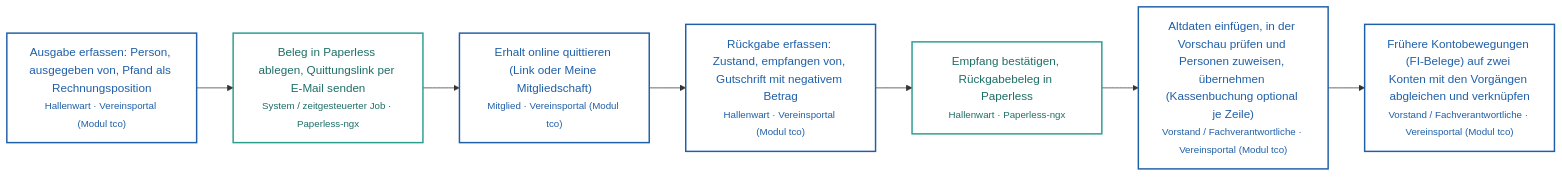
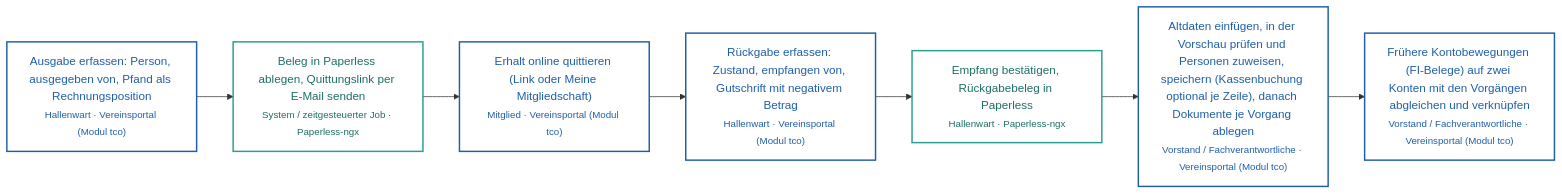
The tenth of 10 diagrams in docs/landschaft/level-2-prozesse.md (lautor80/Homeprojekt), drawn with Mermaid before and after one commit. The commit also changed other lines of this file and 11 other files, not shown here.

First line of the commit message:
Hallenschlüssel: Altdaten einfügen ohne Paperless-Abfrage, Dokumente nach dem Speichern (#215)

````diff
--- a/docs/landschaft/level-2-prozesse.md
+++ b/docs/landschaft/level-2-prozesse.md
@@ -333,20 +333,20 @@
 ```mermaid
 flowchart LR
   S0["Ausgabe erfassen: Person, ausgegeben von, Pfand als Rechnungsposition<br/><small>Hallenwart · Vereinsportal (Modul tco)</small>"]:::portal
   S1["Beleg in Paperless ablegen, Quittungslink per E-Mail senden<br/><small>System / zeitgesteuerter Job · Paperless-ngx</small>"]:::extern
   S0 --> S1
   S2["Erhalt online quittieren (Link oder Meine Mitgliedschaft)<br/><small>Mitglied · Vereinsportal (Modul tco)</small>"]:::portal
   S1 --> S2
   S3["Rückgabe erfassen: Zustand, empfangen von, Gutschrift mit negativem Betrag<br/><small>Hallenwart · Vereinsportal (Modul tco)</small>"]:::portal
   S2 --> S3
   S4["Empfang bestätigen, Rückgabebeleg in Paperless<br/><small>Hallenwart · Paperless-ngx</small>"]:::extern
   S3 --> S4
-  S5["Altdaten einfügen, in der Vorschau prüfen und Personen zuweisen, übernehmen (Kassenbuchung optional je Zeile)<br/><small>Vorstand / Fachverantwortliche · Vereinsportal (Modul tco)</small>"]:::portal
+  S5["Altdaten einfügen, in der Vorschau prüfen und Personen zuweisen, speichern (Kassenbuchung optional je Zeile), danach Dokumente je Vorgang ablegen<br/><small>Vorstand / Fachverantwortliche · Vereinsportal (Modul tco)</small>"]:::portal
   S4 --> S5
   S6["Frühere Kontobewegungen (FI-Belege) auf zwei Konten mit den Vorgängen abgleichen und verknüpfen<br/><small>Vorstand / Fachverantwortliche · Vereinsportal (Modul tco)</small>"]:::portal
   S5 --> S6
   classDef portal fill:#ffffff,stroke:#1f5fa8,stroke-width:2px,color:#1f5fa8
   classDef n8n fill:#ffffff,stroke:#2e7d32,stroke-width:2px,color:#2e7d32
   classDef extern fill:#ffffff,stroke:#2a9d8f,stroke-width:2px,color:#1d6f66
   classDef person fill:#ffffff,stroke:#7f7f7f,stroke-width:2px,stroke-dasharray:4 3,color:#404040
 ```
````
